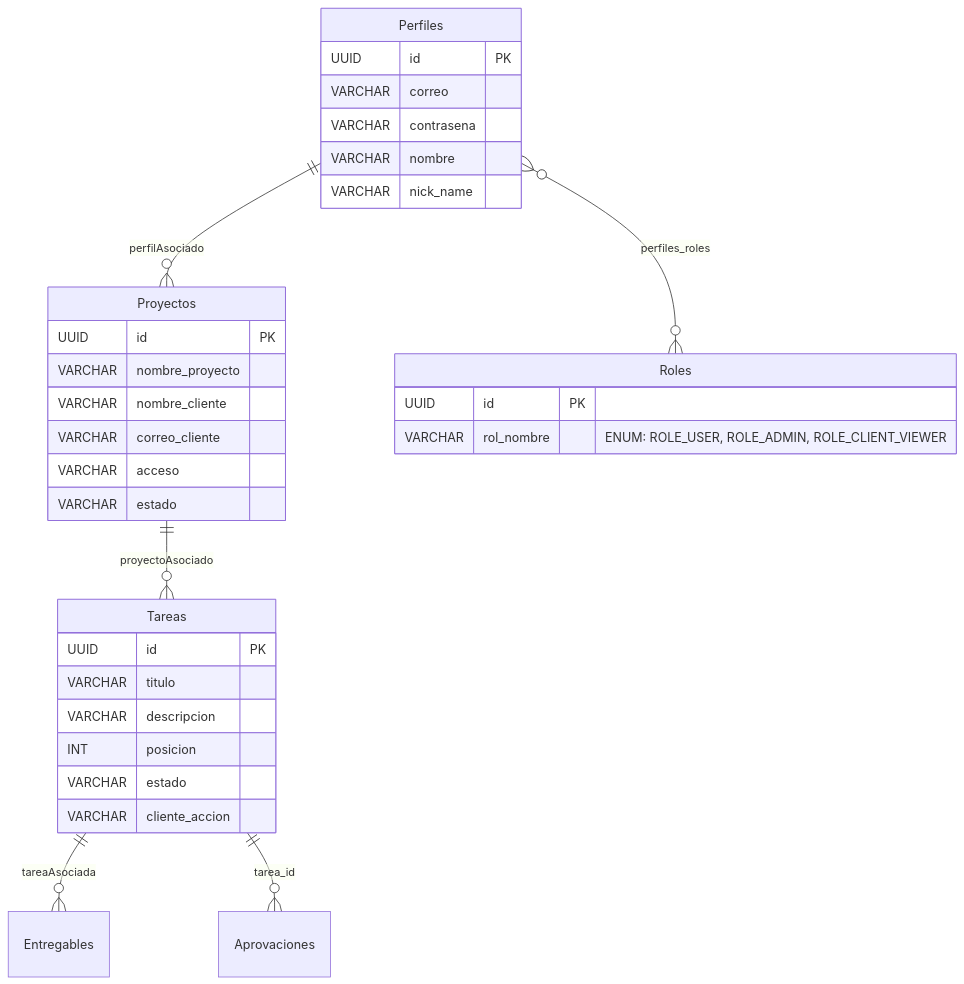
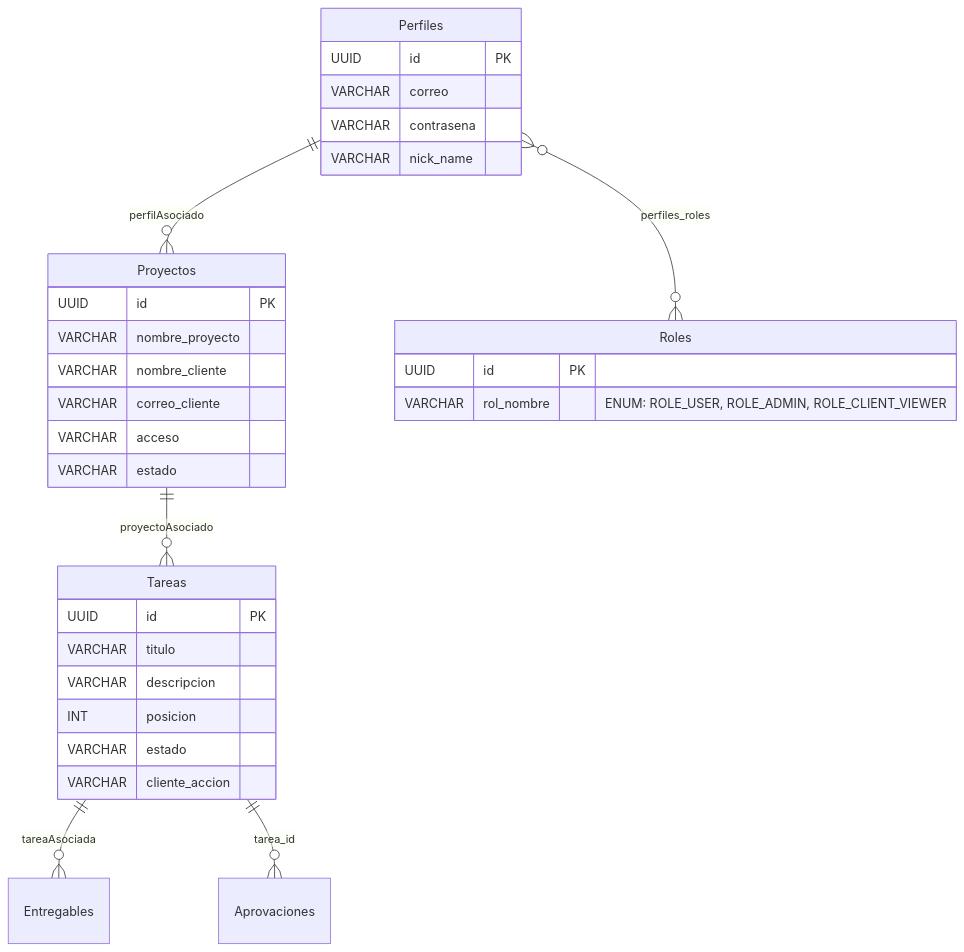
The diagram in docs/database-schema.md (crsmusk/tablero-de-tareas), drawn with Mermaid before and after one commit. The commit also changed other lines of this file and 5 other files, not shown here.

Commit message:
docs: sincronizar especificaciones y diagramas tras eliminar campo nombre

````diff
--- a/docs/database-schema.md
+++ b/docs/database-schema.md
@@ -15,39 +15,38 @@
 ```mermaid
 erDiagram
     Perfiles ||--o{ Proyectos : "perfilAsociado"
     Perfiles }o--o{ Roles : "perfiles_roles"
     Proyectos ||--o{ Tareas : "proyectoAsociado"
     Tareas ||--o{ Entregables : "tareaAsociada"
     Tareas ||--o{ Aprovaciones : "tarea_id"
 
     Perfiles {
         UUID id PK
         VARCHAR correo
         VARCHAR contrasena
-        VARCHAR nombre
         VARCHAR nick_name
     }
 
     Roles {
         UUID id PK
         VARCHAR rol_nombre "ENUM: ROLE_USER, ROLE_ADMIN, ROLE_CLIENT_VIEWER"
     }
 
     Proyectos {
         UUID id PK
         VARCHAR nombre_proyecto
         VARCHAR nombre_cliente
         VARCHAR correo_cliente
         VARCHAR acceso
         VARCHAR estado
     }
 
     Tareas {
         UUID id PK
         VARCHAR titulo
         VARCHAR descripcion
         INT posicion
         VARCHAR estado
         VARCHAR cliente_accion
     }
 ```
````
